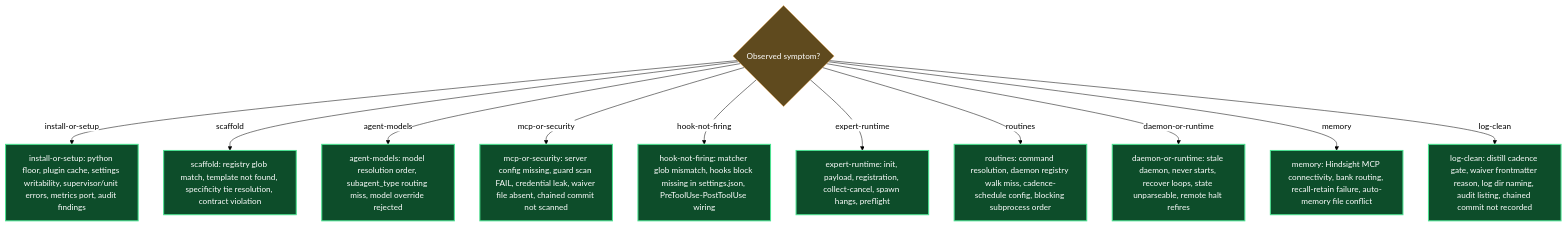
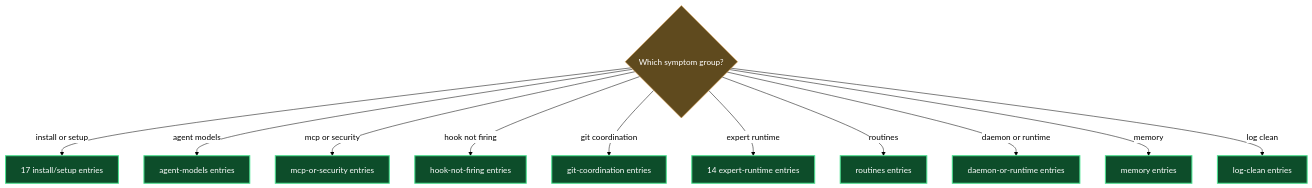
One commit to mebius-san/lazy-cortex changed the diagram in claude/lazycortex-core/help/troubleshooting.md. Above: the diagram before and after it, drawn with Mermaid. The commit also changed other lines of this file and 35 other files, not shown here.

Commit message:
publish core 5.17.1, observe 0.7.1 — per-expert job metrics + Expert health dashboard table

````diff
--- a/claude/lazycortex-core/help/troubleshooting.md
+++ b/claude/lazycortex-core/help/troubleshooting.md
@@ -739,42 +723,42 @@
 ```mermaid
 %%{init: {'themeVariables':{'lineColor':'#000','textColor':'#000','edgeLabelBackground':'#fff'},'themeCSS':'.edgeLabel{background-color:transparent!important}.edgeLabel p{background-color:transparent!important}','flowchart':{'diagramPadding':5,'useMaxWidth':true}}}%%
 flowchart TD
-  observedSymptom{Observed symptom?}
+  symptomGroup{Which symptom group?}
 
-  installOrSetup[install-or-setup: python floor, plugin cache, settings writability, supervisor/unit errors, metrics port, audit findings]
-  scaffold[scaffold: registry glob match, template not found, specificity tie resolution, contract violation]
-  agentModels[agent-models: model resolution order, subagent_type routing miss, model override rejected]
-  mcpOrSecurity[mcp-or-security: server config missing, guard scan FAIL, credential leak, waiver file absent, chained commit not scanned]
-  hookNotFiring[hook-not-firing: matcher glob mismatch, hooks block missing in settings.json, PreToolUse-PostToolUse wiring]
-  expertRuntime[expert-runtime: init, payload, registration, collect-cancel, spawn hangs, preflight]
-  routines[routines: command resolution, daemon registry walk miss, cadence-schedule config, blocking subprocess order]
-  daemonOrRuntime[daemon-or-runtime: stale daemon, never starts, recover loops, state unparseable, remote halt refires]
-  memory[memory: Hindsight MCP connectivity, bank routing, recall-retain failure, auto-memory file conflict]
-  logClean[log-clean: distill cadence gate, waiver frontmatter reason, log dir naming, audit listing, chained commit not recorded]
+  installSetup[17 install/setup entries]
+  agentModels[agent-models entries]
+  mcpOrSecurity[mcp-or-security entries]
+  hookNotFiring[hook-not-firing entries]
+  gitCoordination[git-coordination entries]
+  expertRuntime[14 expert-runtime entries]
+  routines[routines entries]
+  daemonOrRuntime[daemon-or-runtime entries]
+  memory[memory entries]
+  logClean[log-clean entries]
 
-  observedSymptom -->|install-or-setup| installOrSetup
-  observedSymptom -->|scaffold| scaffold
-  observedSymptom -->|agent-models| agentModels
-  observedSymptom -->|mcp-or-security| mcpOrSecurity
-  observedSymptom -->|hook-not-firing| hookNotFiring
-  observedSymptom -->|expert-runtime| expertRuntime
-  observedSymptom -->|routines| routines
-  observedSymptom -->|daemon-or-runtime| daemonOrRuntime
-  observedSymptom -->|memory| memory
-  observedSymptom -->|log-clean| logClean
+  symptomGroup -->|install or setup| installSetup
+  symptomGroup -->|agent models| agentModels
+  symptomGroup -->|mcp or security| mcpOrSecurity
+  symptomGroup -->|hook not firing| hookNotFiring
+  symptomGroup -->|git coordination| gitCoordination
+  symptomGroup -->|expert runtime| expertRuntime
+  symptomGroup -->|routines| routines
+  symptomGroup -->|daemon or runtime| daemonOrRuntime
+  symptomGroup -->|memory| memory
+  symptomGroup -->|log clean| logClean
 
   classDef guard fill:#5f4a1e,stroke:#e2a14a,color:#fff
   classDef success fill:#0d4d2a,stroke:#4ae290,color:#fff,stroke-width:2px
 
-  class observedSymptom guard
-  class installOrSetup success
-  class scaffold success
+  class symptomGroup guard
+  class installSetup success
   class agentModels success
   class mcpOrSecurity success
   class hookNotFiring success
+  class gitCoordination success
   class expertRuntime success
   class routines success
   class daemonOrRuntime success
   class memory success
   class logClean success
 ```
````
